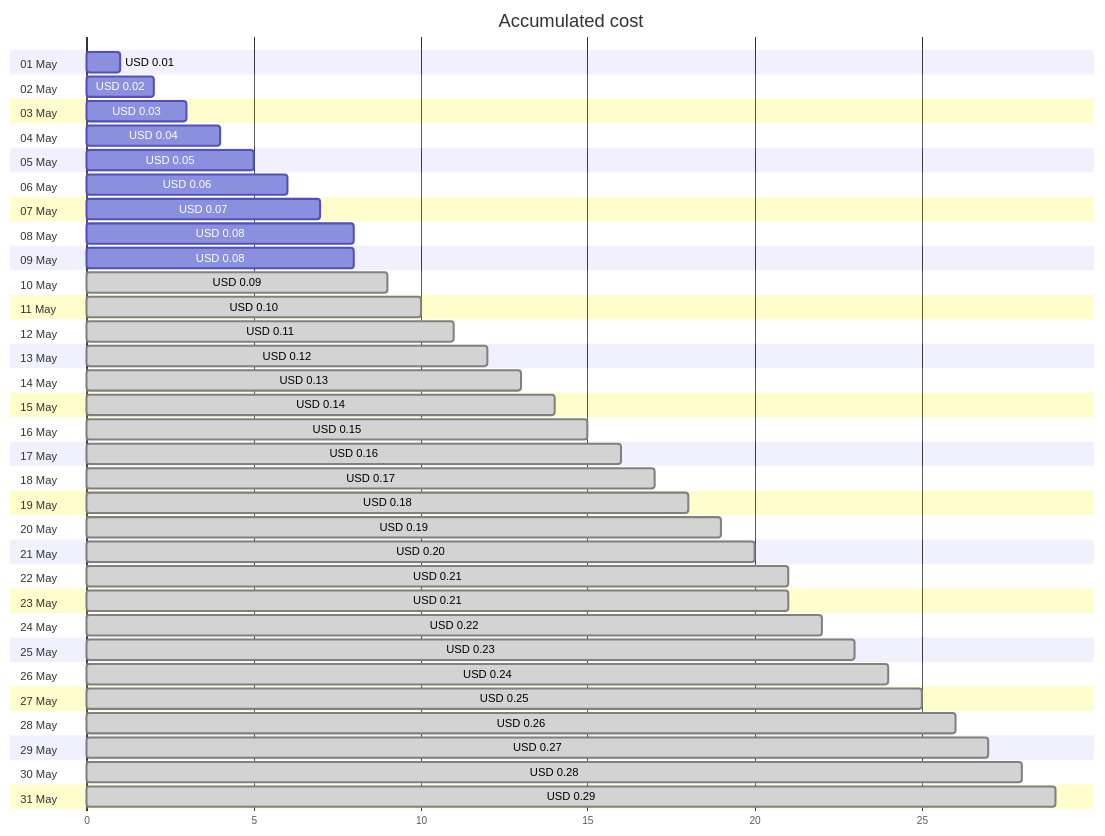
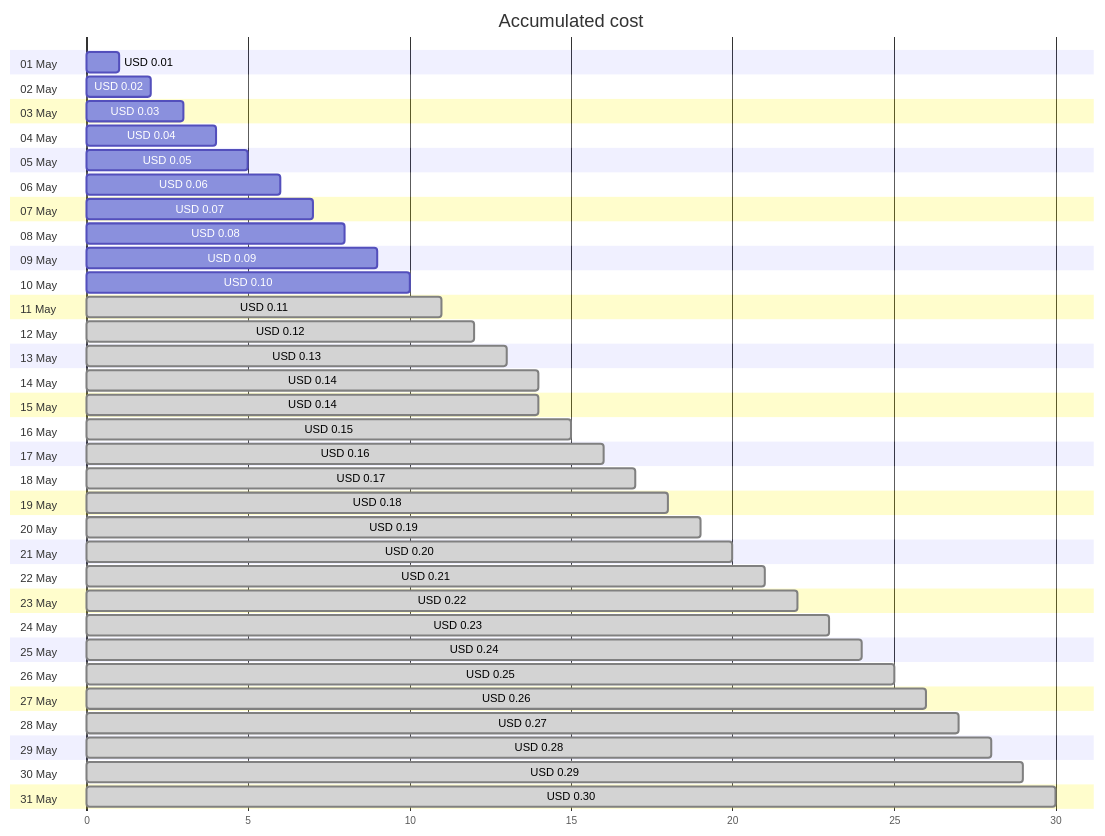
The first of 4 diagrams in cost-reports/cloud-shell-storage-eastus/README.md (jpfulton/azure-personal-reports), drawn with Mermaid before and after one commit. The commit also changed other lines of this file and 1 other file, not shown here.

````diff
--- a/cost-reports/cloud-shell-storage-eastus/README.md
+++ b/cost-reports/cloud-shell-storage-eastus/README.md
@@ -20,68 +20,68 @@
 ```mermaid
 gantt
    title Accumulated cost
    dateFormat  X
    axisFormat %s
    section 01 May
    USD 0.01 :0, 1
    section 02 May
    USD 0.02 :0, 2
    section 03 May
    USD 0.03 :0, 3
    section 04 May
    USD 0.04 :0, 4
    section 05 May
    USD 0.05 :0, 5
    section 06 May
    USD 0.06 :0, 6
    section 07 May
    USD 0.07 :0, 7
    section 08 May
    USD 0.08 :0, 8
    section 09 May
-   USD 0.08 :0, 8
+   USD 0.09 :0, 9
    section 10 May
-   USD 0.09 : done, 0, 9
+   USD 0.10 :0, 10
    section 11 May
-   USD 0.10 : done, 0, 10
+   USD 0.11 : done, 0, 11
    section 12 May
-   USD 0.11 : done, 0, 11
+   USD 0.12 : done, 0, 12
    section 13 May
-   USD 0.12 : done, 0, 12
+   USD 0.13 : done, 0, 13
    section 14 May
-   USD 0.13 : done, 0, 13
+   USD 0.14 : done, 0, 14
    section 15 May
    USD 0.14 : done, 0, 14
    section 16 May
    USD 0.15 : done, 0, 15
    section 17 May
    USD 0.16 : done, 0, 16
    section 18 May
    USD 0.17 : done, 0, 17
    section 19 May
    USD 0.18 : done, 0, 18
    section 20 May
    USD 0.19 : done, 0, 19
    section 21 May
    USD 0.20 : done, 0, 20
    section 22 May
    USD 0.21 : done, 0, 21
    section 23 May
-   USD 0.21 : done, 0, 21
+   USD 0.22 : done, 0, 22
    section 24 May
-   USD 0.22 : done, 0, 22
+   USD 0.23 : done, 0, 23
    section 25 May
-   USD 0.23 : done, 0, 23
+   USD 0.24 : done, 0, 24
    section 26 May
-   USD 0.24 : done, 0, 24
+   USD 0.25 : done, 0, 25
    section 27 May
-   USD 0.25 : done, 0, 25
+   USD 0.26 : done, 0, 26
    section 28 May
-   USD 0.26 : done, 0, 26
+   USD 0.27 : done, 0, 27
    section 29 May
-   USD 0.27 : done, 0, 27
+   USD 0.28 : done, 0, 28
    section 30 May
-   USD 0.28 : done, 0, 28
+   USD 0.29 : done, 0, 29
    section 31 May
-   USD 0.29 : done, 0, 29
+   USD 0.30 : done, 0, 30
 ```
````
